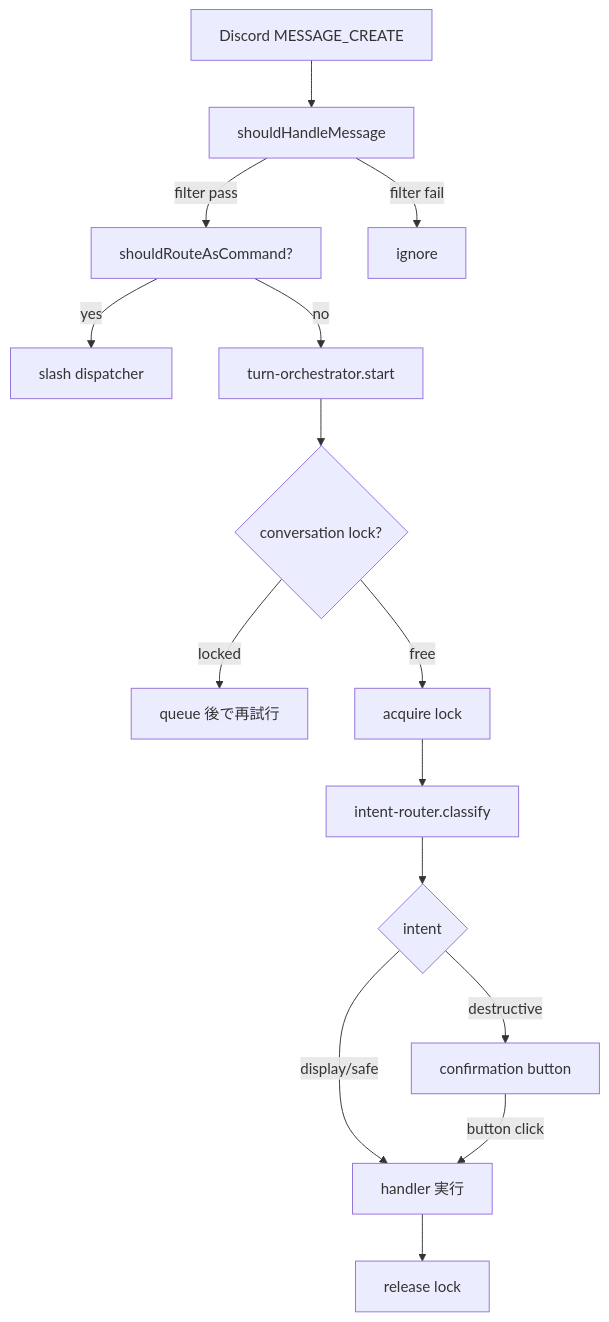
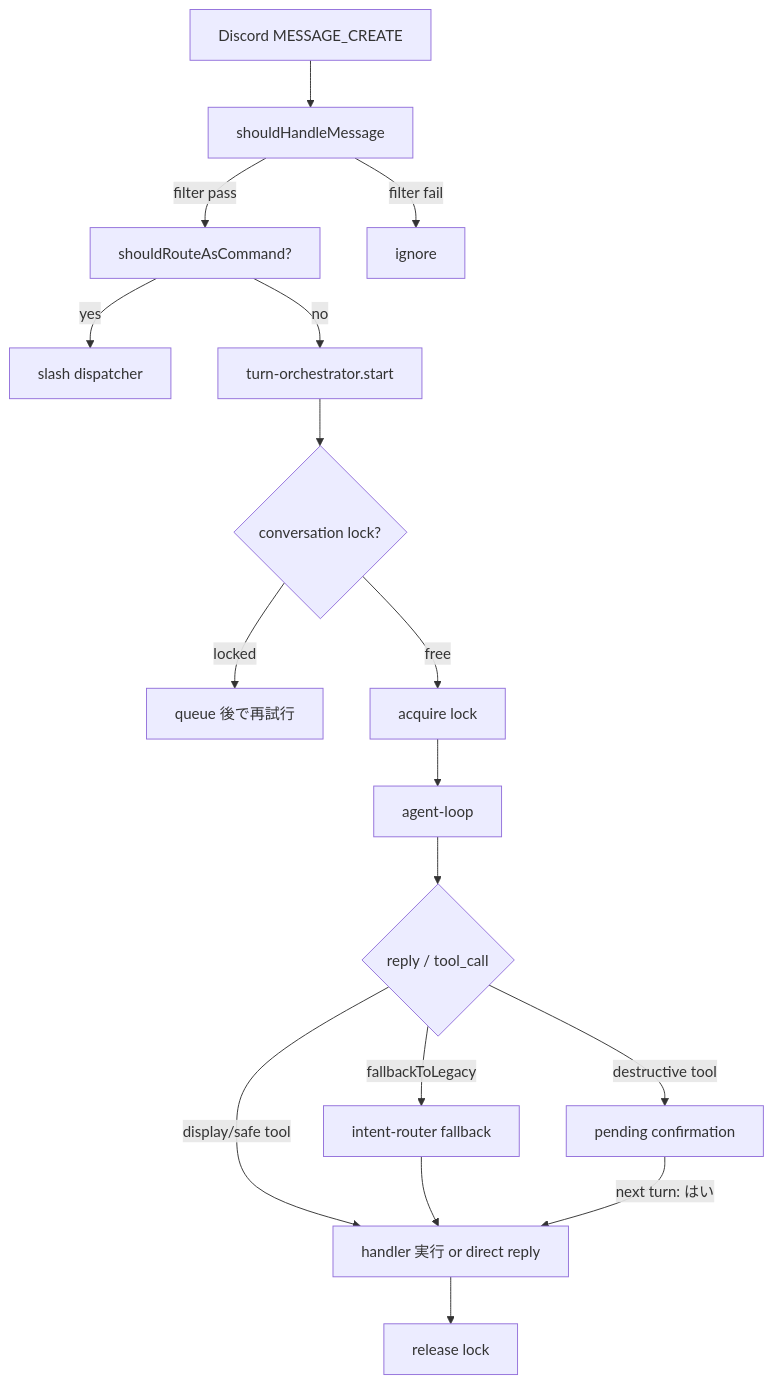
One commit to zumizumi-3/mex-next changed the first of 4 diagrams in docs/developer/10-discord-conversation-engine.md. Above: the diagram before and after it, drawn with Mermaid. The commit also changed other lines of this file and 20 other files, not shown here.

First line of the commit message:
fix(agent-loop): pass handler output through to user instead of LLM's pre-reply

````diff
--- a/docs/developer/10-discord-conversation-engine.md
+++ b/docs/developer/10-discord-conversation-engine.md
@@ -28,17 +28,19 @@
 ```mermaid
 flowchart TB
     A[Discord MESSAGE_CREATE] --> B[shouldHandleMessage]
     B -->|filter pass| C[shouldRouteAsCommand?]
     B -->|filter fail| Z[ignore]
     C -->|yes| D[slash dispatcher]
     C -->|no| E[turn-orchestrator.start]
     E --> F{conversation lock?}
     F -->|locked| G[queue 後で再試行]
     F -->|free| H[acquire lock]
-    H --> I[intent-router.classify]
-    I --> J{intent}
-    J -->|destructive| K[confirmation button]
-    J -->|display/safe| L[handler 実行]
-    K -->|button click| L
+    H --> I[agent-loop]
+    I --> J{reply / tool_call}
+    J -->|destructive tool| K[pending confirmation]
+    J -->|display/safe tool| L[handler 実行 or direct reply]
+    J -->|fallbackToLegacy| IR[intent-router fallback]
+    IR --> L
+    K -->|next turn: はい| L
     L --> M[release lock]
 ```
````
